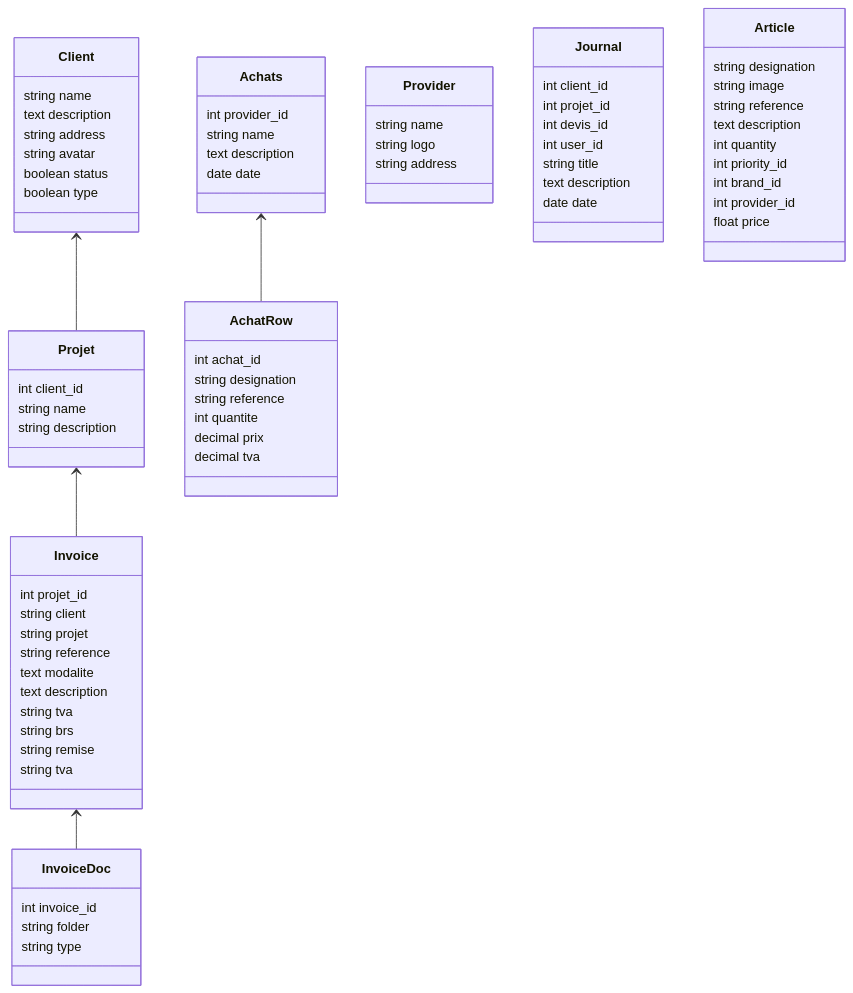
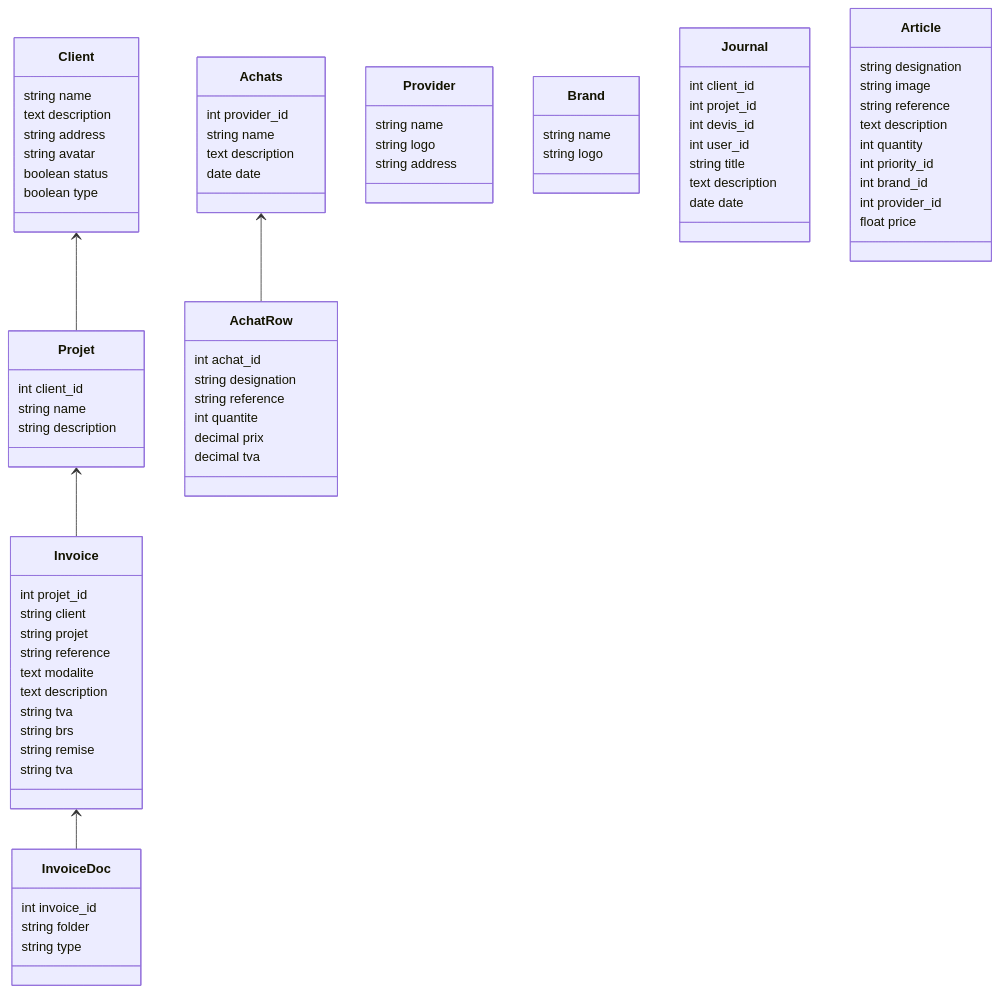
The diagram in database/docs/01_Diagram.md (desmond8500/Dash3), drawn with Mermaid before and after one commit. The commit also changed 10 other files, not shown here.

```diff
--- a/database/docs/01_Diagram.md
+++ b/database/docs/01_Diagram.md
@@ -64,6 +64,11 @@
     string address
 }
 
+class Brand{
+    string name
+    string logo
+}
+
 class Journal{
     int client_id
     int projet_id
```
